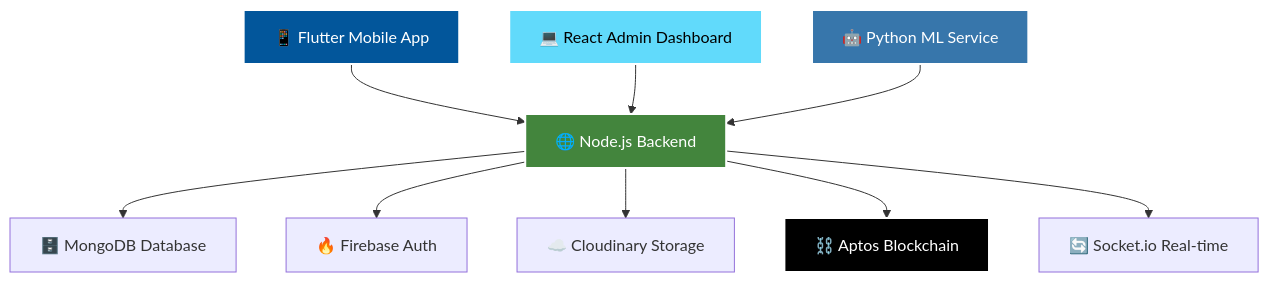
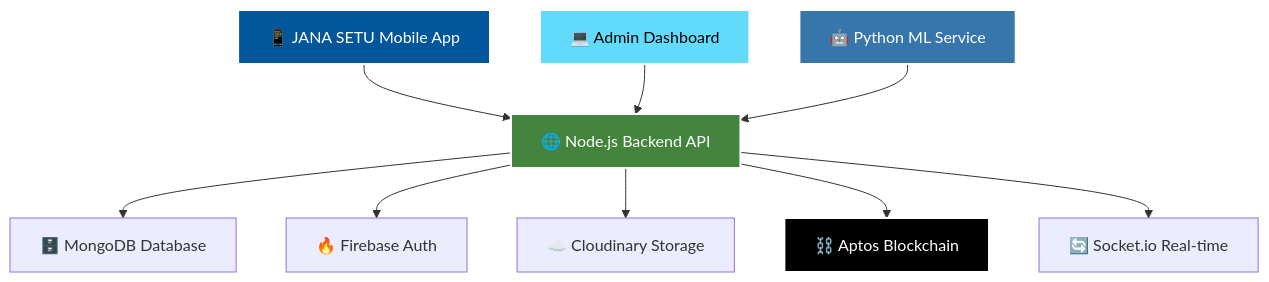
One commit to HARICH529/Fortex36 changed the diagram in README.md. Above: the diagram before and after it, drawn with Mermaid. The commit also changed other lines of this file, not shown here.

````diff
--- a/README.md
+++ b/README.md
@@ -112,17 +129,17 @@
 ```mermaid
 graph TB
-    A[📱 Flutter Mobile App] --> D[🌐 Node.js Backend]
-    B[💻 React Admin Dashboard] --> D
+    A[📱 JANA SETU Mobile App] --> D[🌐 Node.js Backend API]
+    B[💻 Admin Dashboard] --> D
     C[🤖 Python ML Service] --> D
     D --> E[🗄️ MongoDB Database]
     D --> F[🔥 Firebase Auth]
     D --> G[☁️ Cloudinary Storage]
     D --> H[⛓️ Aptos Blockchain]
     D --> I[🔄 Socket.io Real-time]
     
     style A fill:#02569B,stroke:#fff,stroke-width:2px,color:#fff
     style B fill:#61DAFB,stroke:#fff,stroke-width:2px,color:#000
     style C fill:#3776AB,stroke:#fff,stroke-width:2px,color:#fff
     style D fill:#43853D,stroke:#fff,stroke-width:2px,color:#fff
     style H fill:#000000,stroke:#fff,stroke-width:2px,color:#fff
 ```
````
